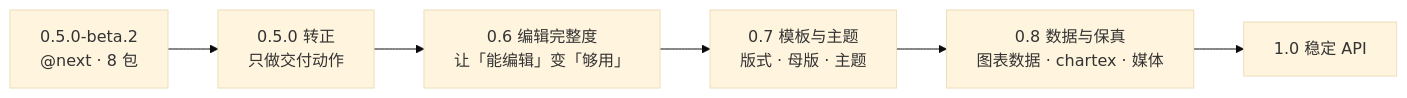
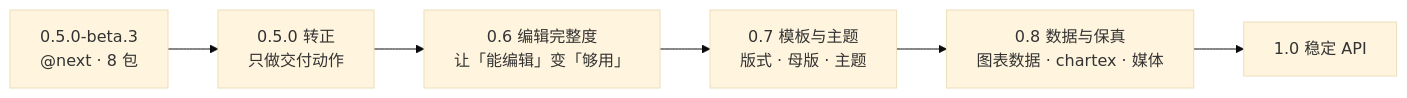
One commit to unStone/web-ppt changed the second of 3 diagrams in docs/roadmap.md. Above: the diagram before and after it, drawn with Mermaid (base theme). The commit also changed other lines of this file and 34 other files, not shown here.

````diff
--- a/docs/roadmap.md
+++ b/docs/roadmap.md
@@ -165,8 +165,8 @@
 ```mermaid
 flowchart LR
-    B["0.5.0-beta.2<br/>@next · 8 包"] --> S["0.5.0 转正<br/>只做交付动作"]
+    B["0.5.0-beta.3<br/>@next · 8 包"] --> S["0.5.0 转正<br/>只做交付动作"]
     S --> V6["0.6 编辑完整度<br/>让「能编辑」变「够用」"]
     V6 --> V7["0.7 模板与主题<br/>版式 · 母版 · 主题"]
     V7 --> V8["0.8 数据与保真<br/>图表数据 · chartex · 媒体"]
     V8 --> V1["1.0 稳定 API"]
 ```
````
